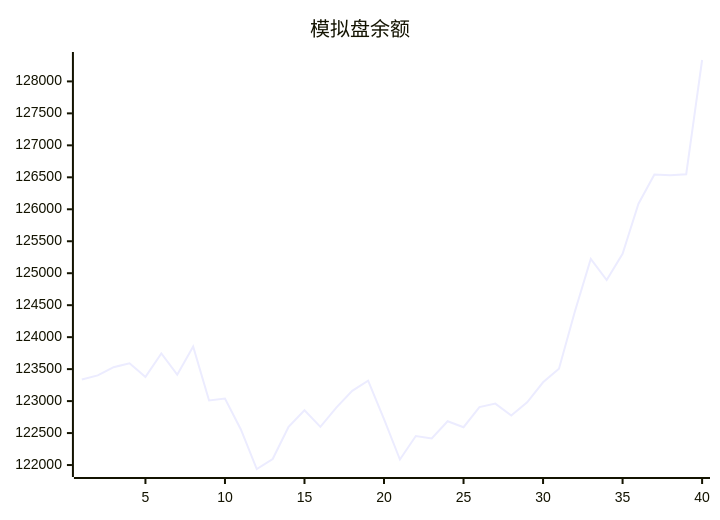
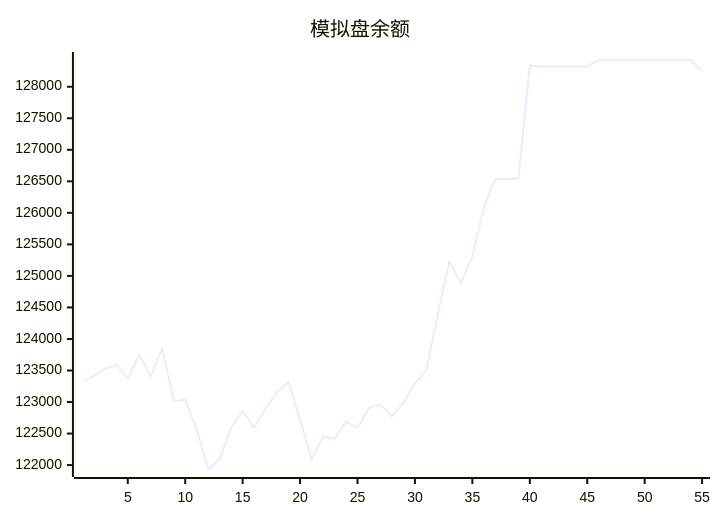
Before and after one commit to aahl/mcp-aktools: the diagram in trading/README.md, drawn with Mermaid. The commit also changed other lines of this file and 1 other file, not shown here.

````diff
--- a/trading/README.md
+++ b/trading/README.md
@@ -3,5 +3,5 @@
 ```mermaid
 xychart
     title "模拟盘余额"
-    line [123337.9,123402.4,123530.3,123591.6,123377.9,123745.3,123413.3,123853.1,123009.4,123039.8,122557.0,121938.0,122094.6,122599.0,122856.1,122597.3,122898.1,123160.2,123318.8,122719.1,122086.7,122454.1,122415.9,122685.2,122591.9,122906.8,122960.7,122775.6,122980.9,123294.6,123507.0,124402.7,125223.7,124894.0,125303.1,126088.0,126544.5,126533.9,126548.8,128334.7]
+    line [123337.9,123402.4,123530.3,123591.6,123377.9,123745.3,123413.3,123853.1,123009.4,123039.8,122557.0,121938.0,122094.6,122599.0,122856.1,122597.3,122898.1,123160.2,123318.8,122719.1,122086.7,122454.1,122415.9,122685.2,122591.9,122906.8,122960.7,122775.6,122980.9,123294.6,123507.0,124402.7,125223.7,124894.0,125303.1,126088.0,126544.5,126533.9,126548.8,128334.7,128318.5,128318.5,128318.5,128318.5,128318.5,128424.0,128424.0,128424.0,128424.0,128424.0,128424.0,128424.0,128424.0,128424.0,128246.9]
 ```
````
